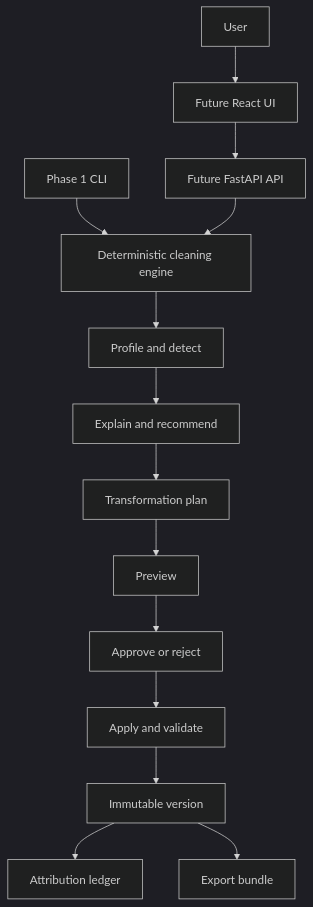
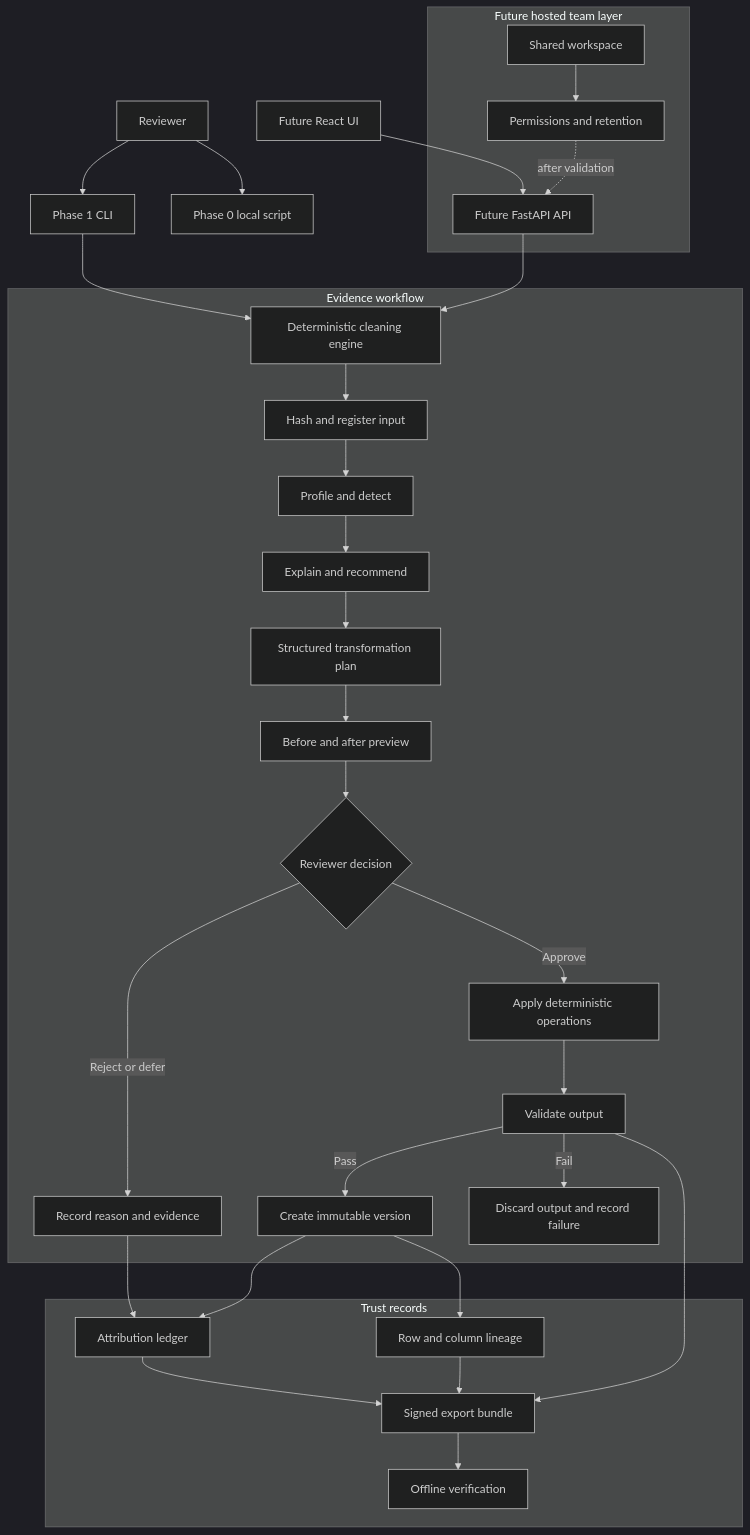
Before and after one commit to SujAnverse1125/ClearSet: the diagram in README.md, drawn with Mermaid (dark theme). The commit also changed 4 other files, not shown here.

Commit message:
Expand product evidence diagrams

````diff
--- a/README.md
+++ b/README.md
@@ -68,16 +68,39 @@
 ```mermaid
 flowchart TB
-    User[User] --> UI[Web Interface]
+     User[Reviewer] --> Local[Phase 0 local script]
+     User --> CLI[Phase 1 CLI]
      UI[Future React UI] --> API[Future FastAPI API]
-     CLI[Phase 1 CLI] --> Engine[Deterministic cleaning engine]
+     CLI --> Engine[Deterministic cleaning engine]
      API --> Engine
-     Engine --> Profile[Profile and detect]
-     Profile --> Recommend[Explain and recommend]
-     Recommend --> Plan[Transformation plan]
-     Plan --> Preview[Preview]
-     Preview --> Review[Approve or reject]
-     Review --> Validate[Apply and validate]
-     Validate --> Version[Immutable version]
-     Version --> Ledger[Attribution ledger]
-     Version --> Export[Export bundle]
+
+     subgraph EvidenceWorkflow[Evidence workflow]
+          Engine --> Intake[Hash and register input]
+          Intake --> Profile[Profile and detect]
+          Profile --> Recommend[Explain and recommend]
+          Recommend --> Plan[Structured transformation plan]
+          Plan --> Preview[Before and after preview]
+          Preview --> Review{Reviewer decision}
+          Review -->|Approve| Apply[Apply deterministic operations]
+          Review -->|Reject or defer| DecisionLog[Record reason and evidence]
+          Apply --> Validate[Validate output]
+          Validate -->|Pass| Version[Create immutable version]
+          Validate -->|Fail| Failed[Discard output and record failure]
+     end
+
+     subgraph TrustRecords[Trust records]
+          DecisionLog --> Ledger[Attribution ledger]
+          Version --> Ledger
+          Version --> Lineage[Row and column lineage]
+          Ledger --> Bundle[Signed export bundle]
+          Lineage --> Bundle
+          Validate --> Bundle
+          Bundle --> Verify[Offline verification]
+     end
+
+     subgraph FutureHosted[Future hosted team layer]
+          Workspace[Shared workspace]
+          Permissions[Permissions and retention]
+          Workspace --> Permissions
+          Permissions -. after validation .-> API
+     end
 ```
````
